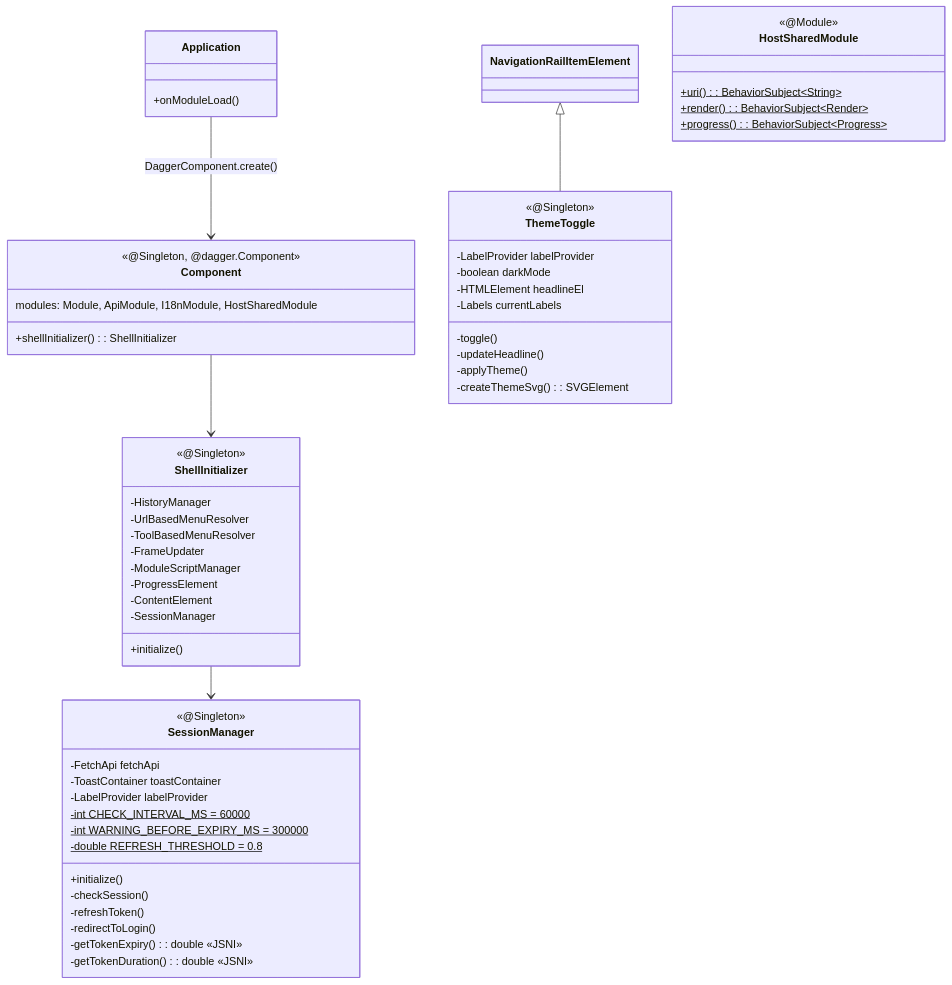
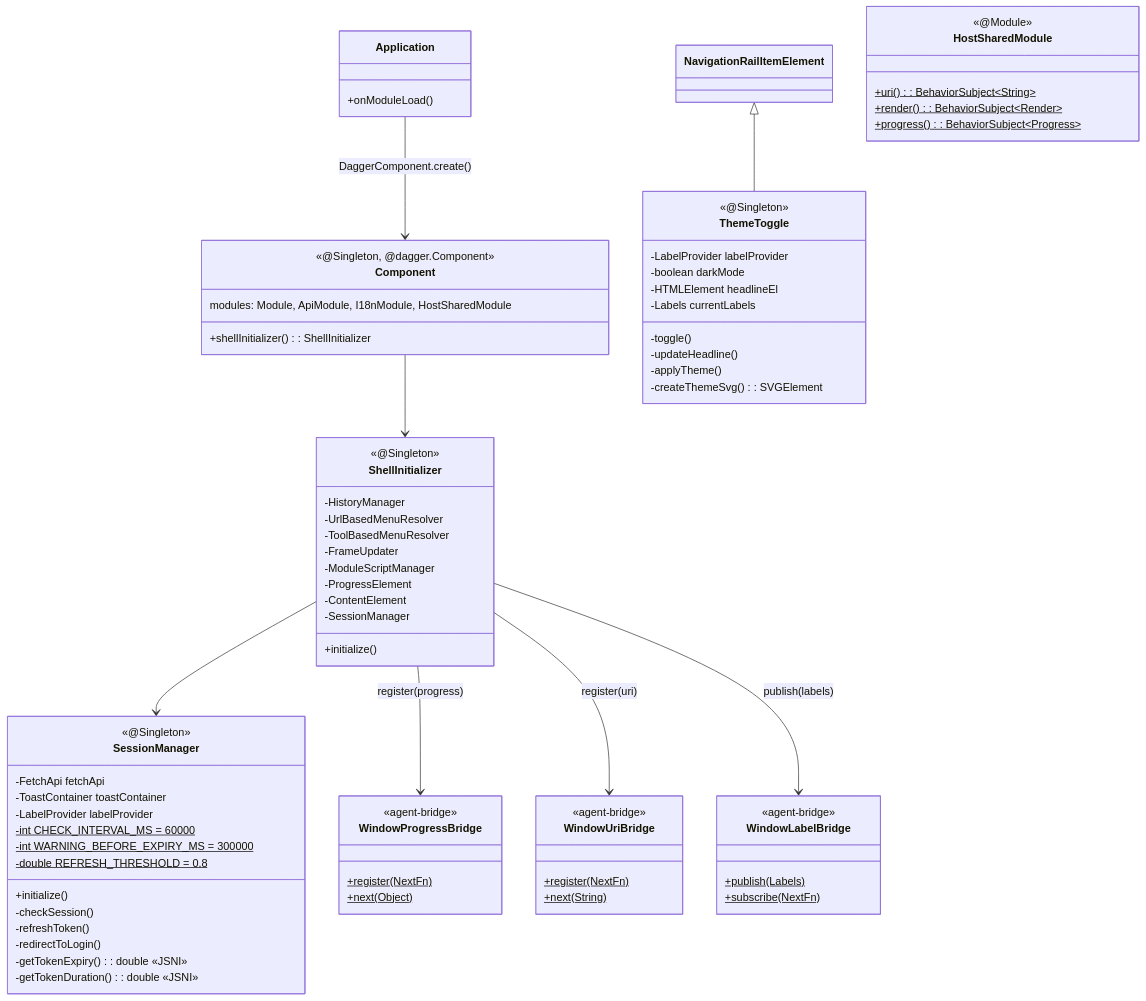
The fifth of 6 diagrams in shell-ui/CLASS-DIAGRAM.md (sayaya1090/handbook), drawn with Mermaid before and after one commit. The commit also changed 4 other files, not shown here.

First line of the commit message:
docs(shell-ui,agent-bridge): 모듈 분리 문서 업데이트 + 테스트 수정

````diff
--- a/shell-ui/CLASS-DIAGRAM.md
+++ b/shell-ui/CLASS-DIAGRAM.md
@@ -333,60 +333,78 @@
 ```mermaid
 classDiagram
     class Application {
         +onModuleLoad()
     }
     class Component {
         <<@Singleton, @dagger.Component>>
         modules: Module, ApiModule, I18nModule, HostSharedModule
         +shellInitializer(): ShellInitializer
     }
     class ShellInitializer {
         <<@Singleton>>
         -HistoryManager
         -UrlBasedMenuResolver
         -ToolBasedMenuResolver
         -FrameUpdater
         -ModuleScriptManager
         -ProgressElement
         -ContentElement
         -SessionManager
         +initialize()
     }
     class SessionManager {
         <<@Singleton>>
         -FetchApi fetchApi
         -ToastContainer toastContainer
         -LabelProvider labelProvider
         -int CHECK_INTERVAL_MS = 60000$
         -int WARNING_BEFORE_EXPIRY_MS = 300000$
         -double REFRESH_THRESHOLD = 0.8$
         +initialize()
         -checkSession()
         -refreshToken()
         -redirectToLogin()
         -getTokenExpiry(): double «JSNI»
         -getTokenDuration(): double «JSNI»
     }
     class ThemeToggle {
         <<@Singleton>>
         -LabelProvider labelProvider
         -boolean darkMode
         -HTMLElement headlineEl
         -Labels currentLabels
         -toggle()
         -updateHeadline()
         -applyTheme()
         -createThemeSvg(): SVGElement
     }
     NavigationRailItemElement <|-- ThemeToggle
     ShellInitializer --> SessionManager
     class HostSharedModule {
         <<@Module>>
         +uri(): BehaviorSubject~String~$
         +render(): BehaviorSubject~Render~$
         +progress(): BehaviorSubject~Progress~$
     }
+    class WindowProgressBridge {
+        <<agent-bridge>>
+        +register(NextFn)$
+        +next(Object)$
+    }
+    class WindowUriBridge {
+        <<agent-bridge>>
+        +register(NextFn)$
+        +next(String)$
+    }
+    class WindowLabelBridge {
+        <<agent-bridge>>
+        +publish(Labels)$
+        +subscribe(NextFn)$
+    }
 
     Application --> Component : DaggerComponent.create()
     Component --> ShellInitializer
+    ShellInitializer --> WindowProgressBridge : register(progress)
+    ShellInitializer --> WindowUriBridge : register(uri)
+    ShellInitializer --> WindowLabelBridge : publish(labels)
 ```
````
